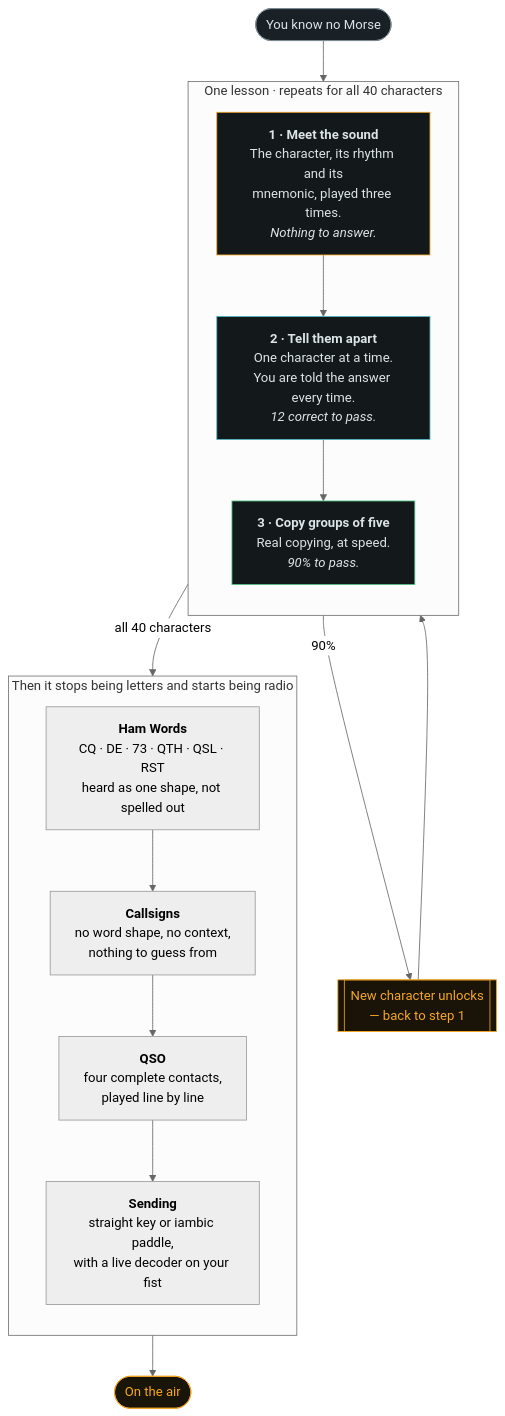
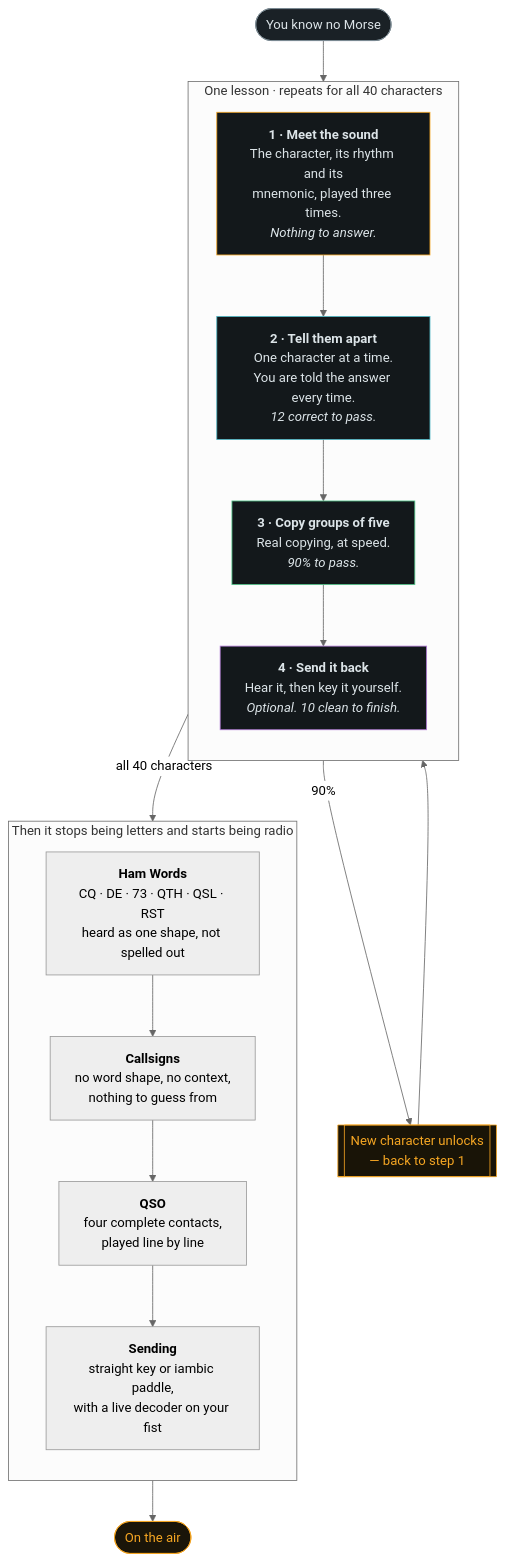
Before and after one commit to vandernunes/morseasy: the first of 2 diagrams in README.md, drawn with Mermaid (neutral theme). The commit also changed other lines of this file and 9 other files, not shown here.

First line of the commit message:
feat: key Morse by touch, and send back what you just heard (#7)

````diff
--- a/README.md
+++ b/README.md
@@ -31,34 +31,36 @@
 ```mermaid
 flowchart TD
     START([You know no Morse]) --> S1
 
     subgraph LESSON [One lesson · repeats for all 40 characters]
         direction TB
         S1["<b>1 · Meet the sound</b><br/>The character, its rhythm and its<br/>mnemonic, played three times.<br/><i>Nothing to answer.</i>"]
         S2["<b>2 · Tell them apart</b><br/>One character at a time.<br/>You are told the answer every time.<br/><i>12 correct to pass.</i>"]
         S3["<b>3 · Copy groups of five</b><br/>Real copying, at speed.<br/><i>90% to pass.</i>"]
-        S1 --> S2 --> S3
+        S4["<b>4 · Send it back</b><br/>Hear it, then key it yourself.<br/><i>Optional. 10 clean to finish.</i>"]
+        S1 --> S2 --> S3 --> S4
     end
 
     S3 -->|"90%"| NEW[["New character unlocks<br/>— back to step 1"]]
     NEW --> S1
     S3 -->|"all 40 characters"| NEXT
 
     subgraph NEXT [Then it stops being letters and starts being radio]
         direction TB
         W["<b>Ham Words</b><br/>CQ · DE · 73 · QTH · QSL · RST<br/>heard as one shape, not spelled out"]
         C["<b>Callsigns</b><br/>no word shape, no context,<br/>nothing to guess from"]
         Q["<b>QSO</b><br/>four complete contacts,<br/>played line by line"]
         SD["<b>Sending</b><br/>straight key or iambic paddle,<br/>with a live decoder on your fist"]
         W --> C --> Q --> SD
     end
 
     SD --> AIR([On the air])
 
     style START fill:#1A2126,stroke:#7B8A92,color:#DCE4E8
     style AIR fill:#1A1509,stroke:#F5A623,color:#F5A623
     style S1 fill:#13181B,stroke:#F5A623,color:#DCE4E8
     style S2 fill:#13181B,stroke:#4FB6C4,color:#DCE4E8
     style S3 fill:#13181B,stroke:#54C98D,color:#DCE4E8
+    style S4 fill:#13181B,stroke:#B27BD6,color:#DCE4E8
     style NEW fill:#191407,stroke:#F5A623,color:#F5A623
 ```
````
